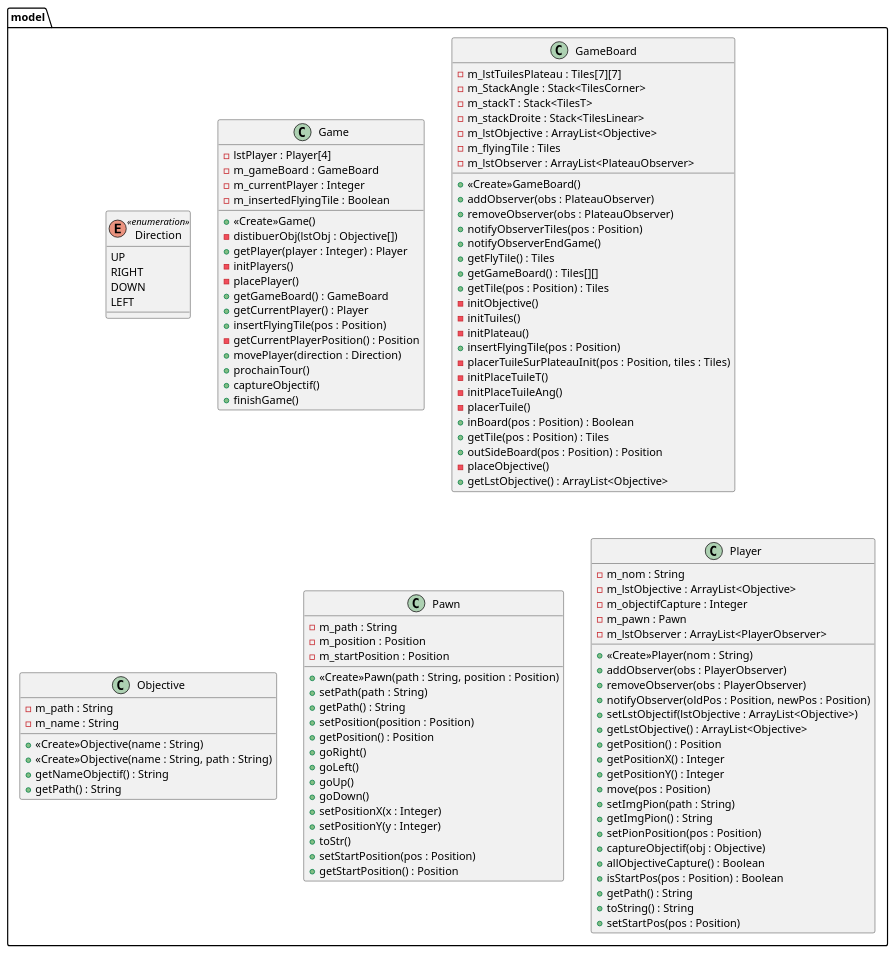
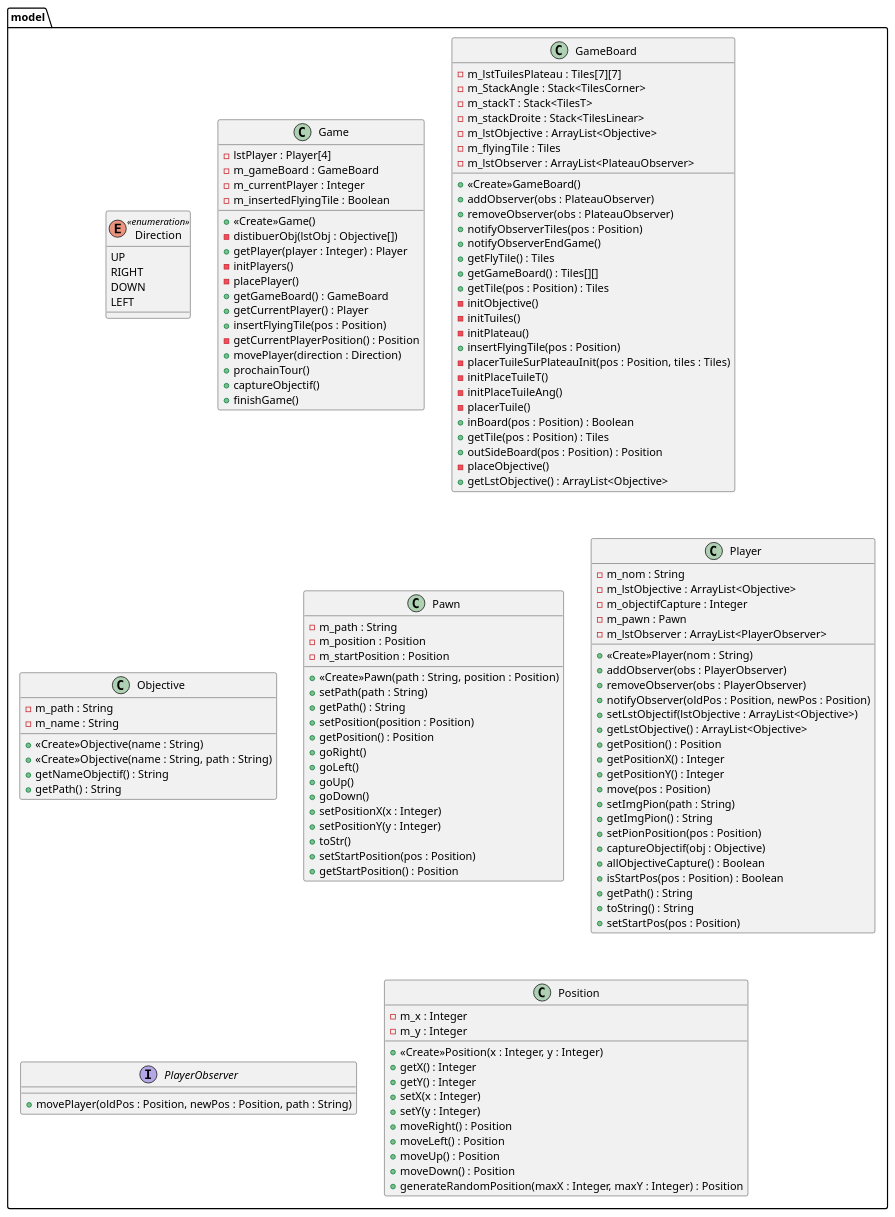
The diagram in UML/rendu2.puml (alexandreCouton/projet_Labyrinthe), drawn with PlantUML before and after one commit. The commit also changed 18 other files, not shown here.

Commit message:
correction des nom de methode + changement uml + suppression de methode inutile

```diff
--- a/UML/rendu2.puml
+++ b/UML/rendu2.puml
@@ -1,129 +1,150 @@
 @startuml
 
 package model{
 
     enum Direction << enumeration >> {
         UP
         RIGHT
         DOWN
         LEFT
     }
 
     class Game{
         - lstPlayer : Player[4]
         - m_gameBoard : GameBoard
         - m_currentPlayer : Integer
         - m_insertedFlyingTile : Boolean
 
         +<<Create>>Game()
         - distibuerObj(lstObj : Objective[])
         + getPlayer(player : Integer) : Player
         - initPlayers()
         - placePlayer()
         + getGameBoard() : GameBoard
         + getCurrentPlayer() : Player
         + insertFlyingTile(pos : Position)
         - getCurrentPlayerPosition() : Position
         + movePlayer(direction : Direction)
         + prochainTour()
         + captureObjectif()
         + finishGame()
     }
 
     class GameBoard{
         - m_lstTuilesPlateau : Tiles[7][7]
         - m_StackAngle : Stack<TilesCorner>
         - m_stackT : Stack<TilesT>
         - m_stackDroite : Stack<TilesLinear>
         - m_lstObjective : ArrayList<Objective>
         - m_flyingTile : Tiles
         - m_lstObserver : ArrayList<PlateauObserver>
 
         +<<Create>>GameBoard()
         + addObserver(obs : PlateauObserver)
         + removeObserver(obs : PlateauObserver)
         + notifyObserverTiles(pos : Position)
         + notifyObserverEndGame()
         + getFlyTile() : Tiles
         + getGameBoard() : Tiles[][]
         + getTile(pos : Position) : Tiles
         - initObjective()
         - initTuiles()
         - initPlateau()
         + insertFlyingTile(pos : Position)
         - placerTuileSurPlateauInit(pos : Position, tiles : Tiles)
         - initPlaceTuileT()
         - initPlaceTuileAng()
         - placerTuile()
         + inBoard(pos : Position) : Boolean
         + getTile(pos : Position) : Tiles
         + outSideBoard(pos : Position) : Position
         - placeObjective()
         + getLstObjective() : ArrayList<Objective>
     }
 
     class Objective{
         - m_path : String
         - m_name : String
 
         +<<Create>>Objective(name : String)
         +<<Create>>Objective(name : String, path : String)
         + getNameObjectif() : String
         + getPath() : String
     }
 
     class Pawn{
         - m_path : String
         - m_position : Position
         - m_startPosition : Position
 
         +<<Create>>Pawn(path : String, position : Position)
         + setPath(path : String)
         + getPath() : String
         + setPosition(position : Position)
         + getPosition() : Position
         + goRight()
         + goLeft()
         + goUp()
         + goDown()
         + setPositionX(x : Integer)
         + setPositionY(y : Integer)
         + toStr()
         + setStartPosition(pos : Position)
         + getStartPosition() : Position
     }
 
     class Player{
         - m_nom : String
         - m_lstObjective : ArrayList<Objective>
         - m_objectifCapture : Integer
         - m_pawn : Pawn
         - m_lstObserver : ArrayList<PlayerObserver>
 
         +<<Create>>Player(nom : String)
         + addObserver(obs : PlayerObserver)
         + removeObserver(obs : PlayerObserver)
         + notifyObserver(oldPos : Position, newPos : Position)
         + setLstObjectif(lstObjective : ArrayList<Objective>)
         + getLstObjective() : ArrayList<Objective>
         + getPosition() : Position
         + getPositionX() : Integer
         + getPositionY() : Integer
         + move(pos : Position)
         + setImgPion(path : String)
         + getImgPion() : String
         + setPionPosition(pos : Position)
         + captureObjectif(obj : Objective)
         + allObjectiveCapture() : Boolean
         + isStartPos(pos : Position) : Boolean
         + getPath() : String
         + toString() : String
         + setStartPos(pos : Position)
     }
+
+    interface PlayerObserver{
+        + movePlayer(oldPos : Position, newPos : Position, path : String)
+    }
+
+    class Position{
+        - m_x : Integer
+        - m_y : Integer
+
+        +<<Create>>Position(x : Integer, y : Integer)
+        + getX() : Integer
+        + getY() : Integer
+        + setX(x : Integer)
+        + setY(y : Integer)
+        + moveRight() : Position
+        + moveLeft() : Position
+        + moveUp() : Position
+        + moveDown() : Position
+        + generateRandomPosition(maxX : Integer, maxY : Integer) : Position
+    }
+
     
-    }
+    
 
 
 }
 
 @enduml
```
